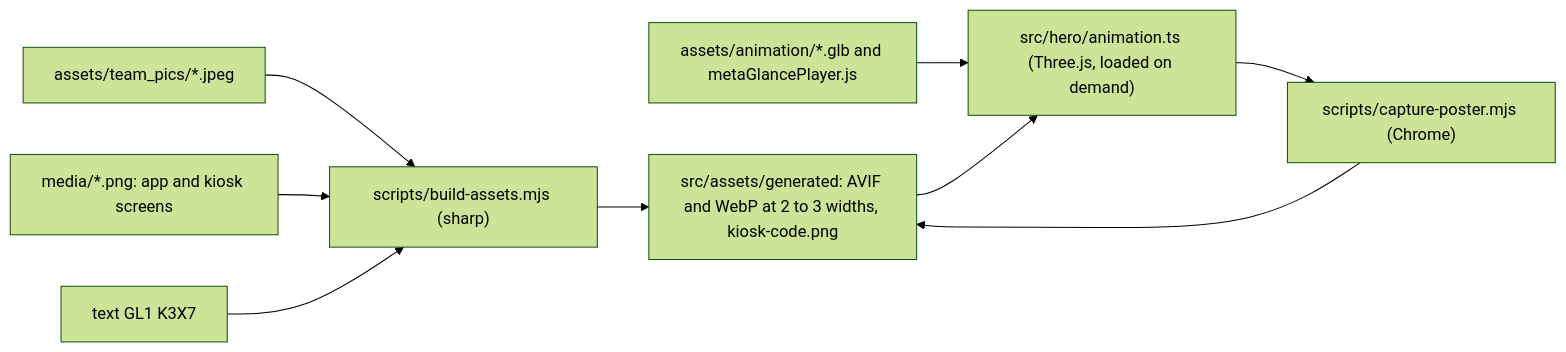
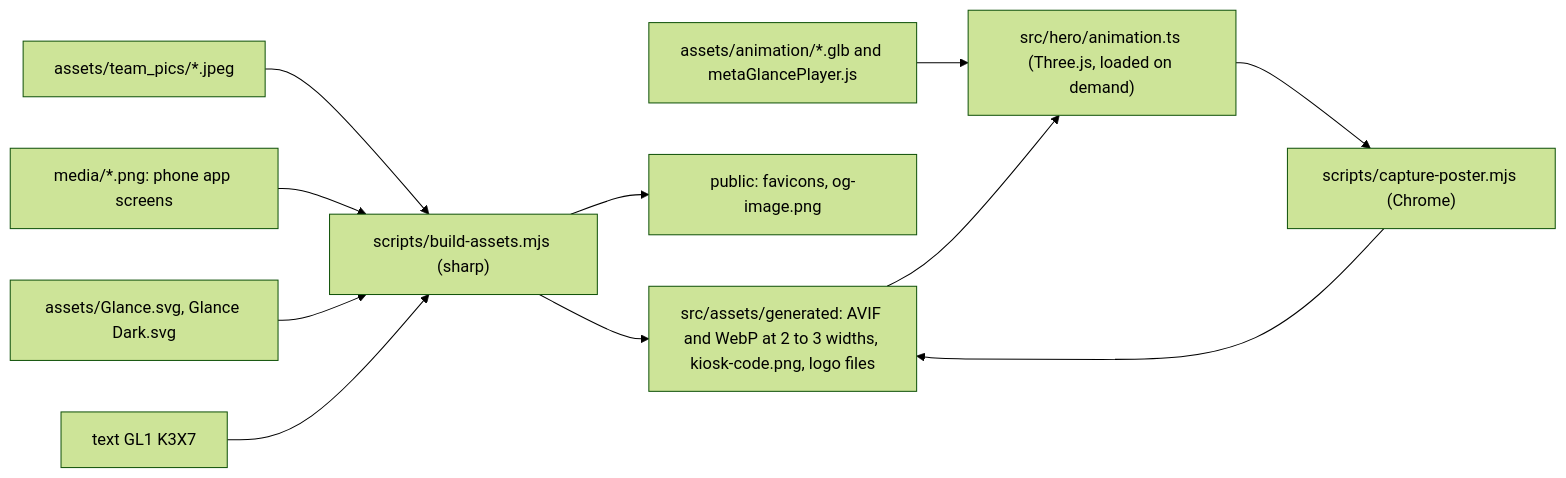
Before and after one commit to mrBymax/glance: the diagram in apps/site/README.md, drawn with Mermaid (forest theme). The commit also changed other lines of this file and 1 other file, not shown here.

Commit message:
docs(site): describe the font, the logo, Motion, and the diagram

````diff
--- a/apps/site/README.md
+++ b/apps/site/README.md
@@ -60,11 +63,13 @@
 ```mermaid
 flowchart LR
   photos["assets/team_pics/*.jpeg"] --> build["scripts/build-assets.mjs (sharp)"]
-  captures["media/*.png: app and kiosk screens"] --> build
+  captures["media/*.png: phone app screens"] --> build
+  logos["assets/Glance.svg, Glance Dark.svg"] --> build
   qr["text GL1 K3X7"] --> build
-  build --> generated["src/assets/generated: AVIF and WebP at 2 to 3 widths, kiosk-code.png"]
+  build --> generated["src/assets/generated: AVIF and WebP at 2 to 3 widths, kiosk-code.png, logo files"]
+  build --> icons["public: favicons, og-image.png"]
   glb["assets/animation/*.glb and metaGlancePlayer.js"] --> hero["src/hero/animation.ts (Three.js, loaded on demand)"]
   generated --> hero
   hero --> poster["scripts/capture-poster.mjs (Chrome)"]
   poster --> generated
 ```
````
